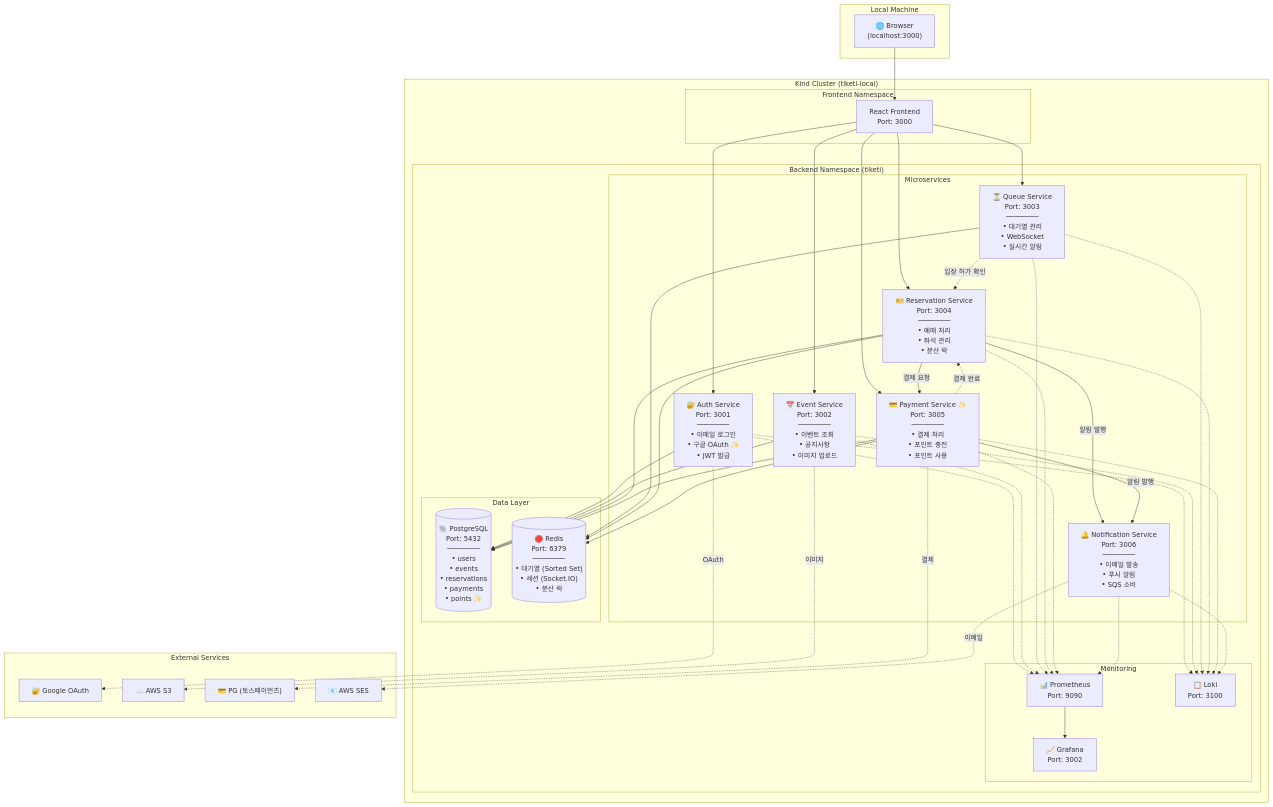
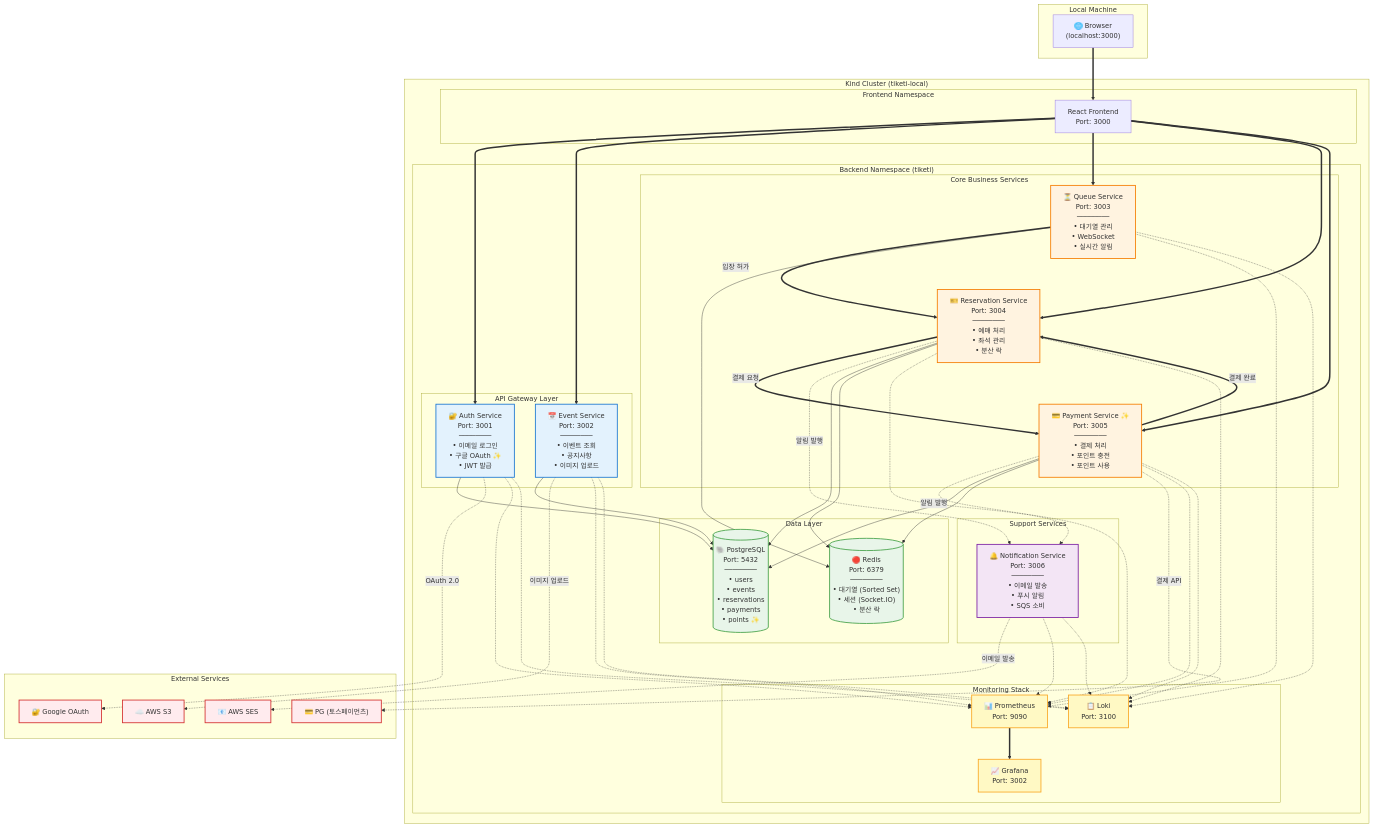
Before and after one commit to cchriscode/tiketi: the first of 10 diagrams in docs/v2_k8s/msa-local-diagrams.md, drawn with Mermaid.

````diff
--- a/docs/v2_k8s/msa-local-diagrams.md
+++ b/docs/v2_k8s/msa-local-diagrams.md
@@ -14,12 +14,18 @@
         end
 
         subgraph "Backend Namespace (tiketi)"
-            subgraph "Microservices"
+            subgraph "API Gateway Layer"
                 Auth["🔐 Auth Service<br/>Port: 3001<br/>────────<br/>• 이메일 로그인<br/>• 구글 OAuth ✨<br/>• JWT 발급"]
                 Event["📅 Event Service<br/>Port: 3002<br/>────────<br/>• 이벤트 조회<br/>• 공지사항<br/>• 이미지 업로드"]
+            end
+
+            subgraph "Core Business Services"
                 Queue["⏳ Queue Service<br/>Port: 3003<br/>────────<br/>• 대기열 관리<br/>• WebSocket<br/>• 실시간 알림"]
                 Reservation["🎫 Reservation Service<br/>Port: 3004<br/>────────<br/>• 예매 처리<br/>• 좌석 관리<br/>• 분산 락"]
                 Payment["💳 Payment Service ✨<br/>Port: 3005<br/>────────<br/>• 결제 처리<br/>• 포인트 충전<br/>• 포인트 사용"]
+            end
+
+            subgraph "Support Services"
                 Notification["🔔 Notification Service<br/>Port: 3006<br/>────────<br/>• 이메일 발송<br/>• 푸시 알림<br/>• SQS 소비"]
             end
 
@@ -28,7 +34,7 @@
                 Redis[("🔴 Redis<br/>Port: 6379<br/>────────<br/>• 대기열 (Sorted Set)<br/>• 세션 (Socket.IO)<br/>• 분산 락")]
             end
 
-            subgraph "Monitoring"
+            subgraph "Monitoring Stack"
                 Prometheus["📊 Prometheus<br/>Port: 9090"]
                 Grafana["📈 Grafana<br/>Port: 3002"]
                 Loki["📋 Loki<br/>Port: 3100"]
@@ -43,50 +49,59 @@
         SES["📧 AWS SES"]
     end
 
-    %% Frontend connections
-    Browser --> Frontend
-    Frontend --> Auth
-    Frontend --> Event
-    Frontend --> Queue
-    Frontend --> Reservation
-    Frontend --> Payment
+    %% User to Frontend
+    Browser ==> Frontend
 
-    %% Service to Service
-    Queue -.->|입장 허가 확인| Reservation
-    Reservation -->|결제 요청| Payment
-    Payment -.->|결제 완료| Reservation
-    Reservation -->|알림 발행| Notification
-    Payment -->|알림 발행| Notification
+    %% Frontend to Services (thick lines for main flows)
+    Frontend ==> Auth
+    Frontend ==> Event
+    Frontend ==> Queue
+    Frontend ==> Reservation
+    Frontend ==> Payment
 
-    %% Data Layer connections
+    %% Service to Service Communication (main business flow)
+    Queue ==>|입장 허가| Reservation
+    Reservation ==>|결제 요청| Payment
+    Payment ==>|결제 완료| Reservation
+    Reservation -.->|알림 발행| Notification
+    Payment -.->|알림 발행| Notification
+
+    %% Data Layer - PostgreSQL connections
     Auth --> Postgres
     Event --> Postgres
     Reservation --> Postgres
     Payment --> Postgres
 
+    %% Data Layer - Redis connections
     Queue --> Redis
     Reservation --> Redis
     Payment --> Redis
 
-    %% External connections
-    Auth -.->|OAuth| Google
-    Event -.->|이미지| S3
-    Payment -.->|결제| PG
-    Notification -.->|이메일| SES
+    %% External Services connections
+    Auth -.->|OAuth 2.0| Google
+    Event -.->|이미지 업로드| S3
+    Payment -.->|결제 API| PG
+    Notification -.->|이메일 발송| SES
 
-    %% Monitoring connections
-    Auth -.-> Prometheus
-    Event -.-> Prometheus
-    Queue -.-> Prometheus
-    Reservation -.-> Prometheus
-    Payment -.-> Prometheus
-    Notification -.-> Prometheus
+    %% Monitoring - Metrics collection (grouped)
+    Auth & Event & Queue & Reservation & Payment & Notification -.-> Prometheus
+    Prometheus ==> Grafana
 
-    Prometheus --> Grafana
-    Auth -.-> Loki
-    Event -.-> Loki
-    Queue -.-> Loki
-    Reservation -.-> Loki
-    Payment -.-> Loki
-    Notification -.-> Loki
+    %% Monitoring - Log collection (grouped)
+    Auth & Event & Queue & Reservation & Payment & Notification -.-> Loki
+
+    %% Styling
+    classDef apiLayer fill:#E3F2FD,stroke:#1976D2,stroke-width:2px
+    classDef coreService fill:#FFF3E0,stroke:#F57C00,stroke-width:2px
+    classDef supportService fill:#F3E5F5,stroke:#7B1FA2,stroke-width:2px
+    classDef dataLayer fill:#E8F5E9,stroke:#43A047,stroke-width:2px
+    classDef monitoring fill:#FFF9C4,stroke:#F9A825,stroke-width:2px
+    classDef external fill:#FFEBEE,stroke:#D32F2F,stroke-width:2px
+
+    class Auth,Event apiLayer
+    class Queue,Reservation,Payment coreService
+    class Notification supportService
+    class Postgres,Redis dataLayer
+    class Prometheus,Grafana,Loki monitoring
+    class Google,S3,PG,SES external
 ```
````
